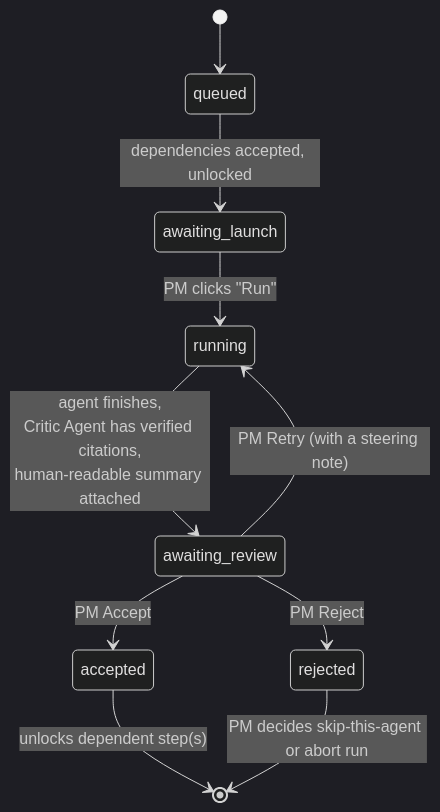
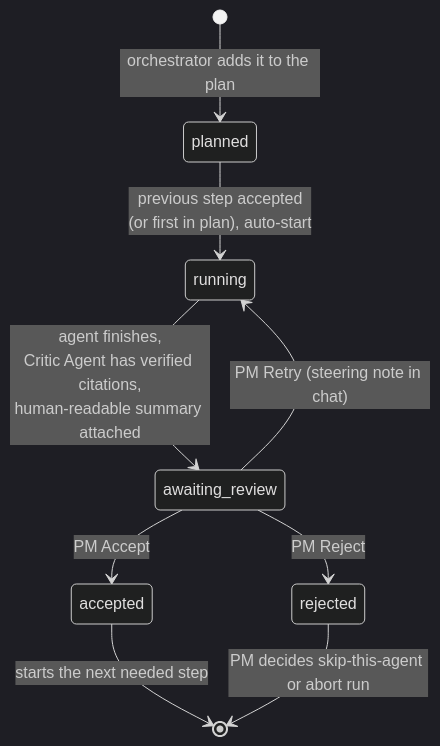
One commit to gabrielhansmann/attention_is_all_we_have changed the first of 2 diagrams in docs/architecture/02-orchestration-and-human-in-the-loop.md. Above: the diagram before and after it, drawn with Mermaid (dark theme). The commit also changed other lines of this file and 25 other files, not shown here.

First line of the commit message:
Add Supabase schema, PDF/Excel ingestion, chat-driven orchestration docs

````diff
--- a/docs/architecture/02-orchestration-and-human-in-the-loop.md
+++ b/docs/architecture/02-orchestration-and-human-in-the-loop.md
@@ -19,12 +39,11 @@
 ```mermaid
 stateDiagram-v2
-    [*] --> queued
-    queued --> awaiting_launch: dependencies accepted, unlocked
-    awaiting_launch --> running: PM clicks "Run"
+    [*] --> planned: orchestrator adds it to the plan
+    planned --> running: previous step accepted<br/>(or first in plan), auto-start
     running --> awaiting_review: agent finishes,<br/>Critic Agent has verified citations,<br/>human-readable summary attached
     awaiting_review --> accepted: PM Accept
-    awaiting_review --> running: PM Retry (with a steering note)
+    awaiting_review --> running: PM Retry (steering note in chat)
     awaiting_review --> rejected: PM Reject
-    accepted --> [*]: unlocks dependent step(s)
+    accepted --> [*]: starts the next needed step
     rejected --> [*]: PM decides skip-this-agent or abort run
 ```
````
